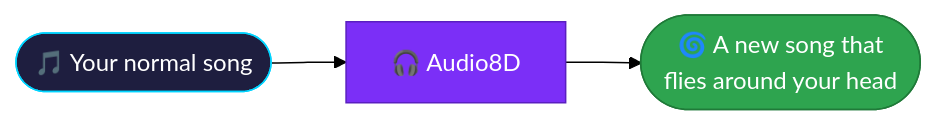
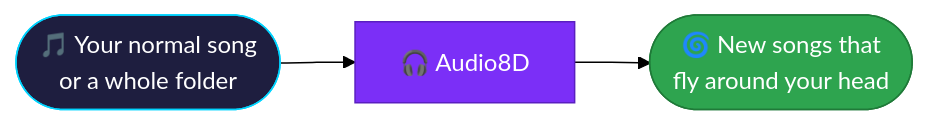
The first of 4 diagrams in 8D/README.md (gcfernando/python_codes), drawn with Mermaid (forest theme) before and after one commit. The commit also changed other lines of this file and 114 other files, not shown here.

````diff
--- a/8D/README.md
+++ b/8D/README.md
@@ -78,8 +86,8 @@
 ```mermaid
 flowchart LR
-    A(["🎵 Your normal song"]):::a --> B["🎧 Audio8D"]:::b --> C(["🌀 A new song that<br/>flies around your head"]):::c
+    A(["🎵 Your normal song<br/>or a whole folder"]):::a --> B["🎧 Audio8D"]:::b --> C(["🌀 New songs that<br/>fly around your head"]):::c
 
     classDef a fill:#1e1e3f,stroke:#00d4ff,color:#fff
     classDef b fill:#7b2ff7,stroke:#5a1fc0,color:#fff
     classDef c fill:#2ea44f,stroke:#1f7a38,color:#fff
 ```
````
